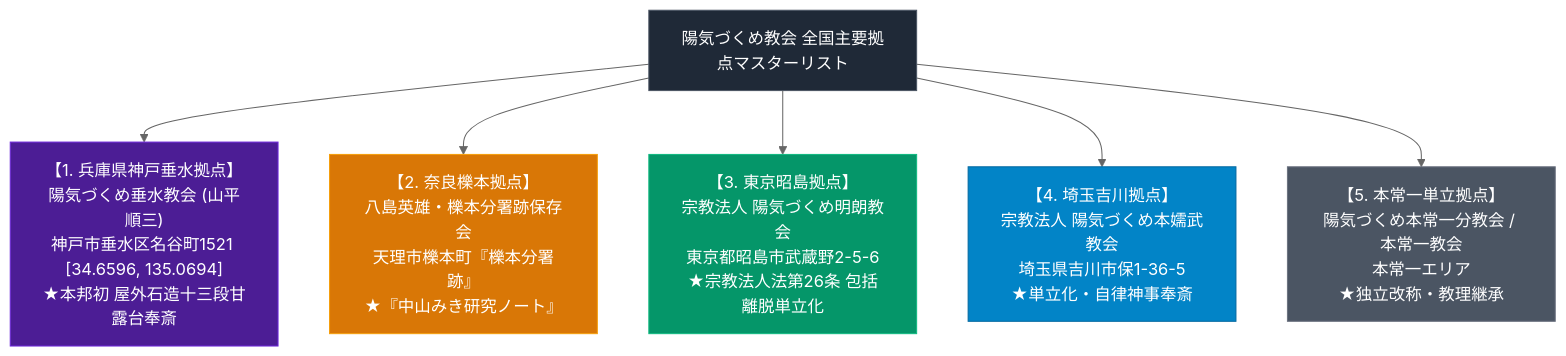
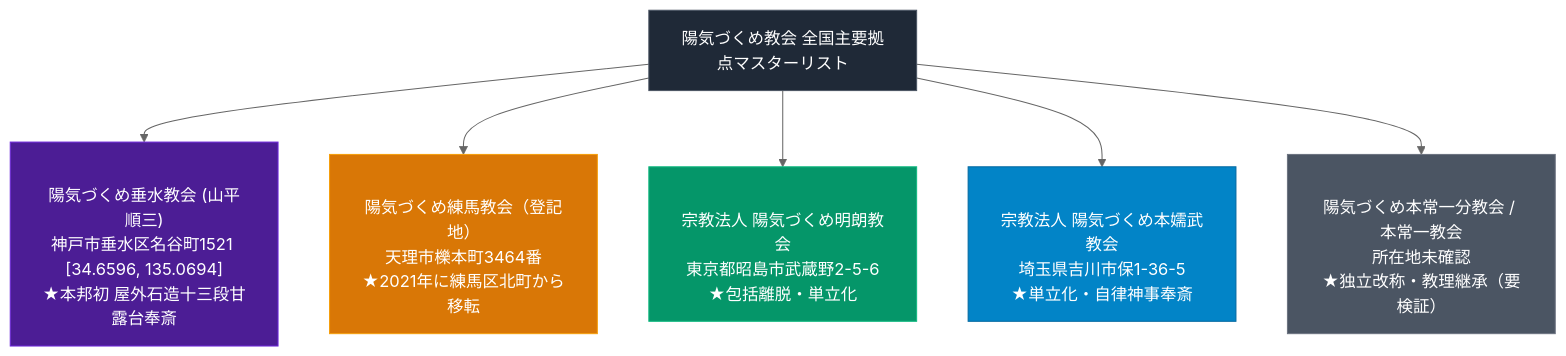
One commit to iida-masashi/religion-garden changed the diagram in content/01_宗派・異端研究/08_比較・史論・ハブ/陽気づくめ教会拠点一覧.md. Above: the diagram before and after it, drawn with Mermaid (neutral theme). The commit also changed other lines of this file and 251 other files, not shown here.

````diff
--- a/content/01_宗派・異端研究/08_比較・史論・ハブ/陽気づくめ教会拠点一覧.md
+++ b/content/01_宗派・異端研究/08_比較・史論・ハブ/陽気づくめ教会拠点一覧.md
@@ -25,19 +25,19 @@
 ```mermaid
 graph TD
-    A["<div style='color:#ffffff;'>陽気づくめ教会 全国主要拠点マスターリスト</div>"] --> B1["<div style='color:#ffffff;'>【1. 兵庫県神戸垂水拠点】<br>陽気づくめ垂水教会 (山平順三)<br>神戸市垂水区名谷町1521 [34.6596, 135.0694]<br>★本邦初 屋外石造十三段甘露台奉斎</div>"]
-    
-    A --> B2["【2. 奈良櫟本拠点】<br>八島英雄・櫟本分署跡保存会<br>天理市櫟本町『櫟本分署跡』<br>★『中山みき研究ノート』"]
-    
-    A --> B3["<div style='color:#ffffff;'>【3. 東京昭島拠点】<br>宗教法人 陽気づくめ明朗教会<br>東京都昭島市武蔵野2-5-6<br>★宗教法人法第26条 包括離脱単立化</div>"]
-    
-    A --> B4["<div style='color:#ffffff;'>【4. 埼玉吉川拠点】<br>宗教法人 陽気づくめ本嬬武教会<br>埼玉県吉川市保1-36-5<br>★単立化・自律神事奉斎</div>"]
-    
-    A --> B5["<div style='color:#ffffff;'>【5. 本常一単立拠点】<br>陽気づくめ本常一分教会 / 本常一教会<br>本常一エリア<br>★独立改称・教理継承</div>"]
-    
-    style A fill:#1f2937,stroke:#4b5563,color:#fff
-    style B1 fill:#4c1d95,stroke:#6d28d9,color:#fff
-    style B2 fill:#d97706,stroke:#f59e0b,color:#fff
-    style B3 fill:#059669,stroke:#10b981,color:#fff
-    style B4 fill:#0284c7,stroke:#0369a1,color:#fff
-    style B5 fill:#4b5563,stroke:#6b7280,color:#fff
+A["<div style='color:#ffffff;'>陽気づくめ教会 全国主要拠点マスターリスト</div>"] --> B1["<div style='color:#ffffff;'><br>陽気づくめ垂水教会 (山平順三)<br>神戸市垂水区名谷町1521 [34.6596, 135.0694]<br>★本邦初 屋外石造十三段甘露台奉斎</div>"]
+
+A --> B2["<br>陽気づくめ練馬教会（登記地）<br>天理市櫟本町3464番<br>★2021年に練馬区北町から移転"]
+
+A --> B3["<div style='color:#ffffff;'><br>宗教法人 陽気づくめ明朗教会<br>東京都昭島市武蔵野2-5-6<br>★包括離脱・単立化</div>"]
+
+A --> B4["<div style='color:#ffffff;'><br>宗教法人 陽気づくめ本嬬武教会<br>埼玉県吉川市保1-36-5<br>★単立化・自律神事奉斎</div>"]
+
+A --> B5["<br>陽気づくめ本常一分教会 / 本常一教会<br>所在地未確認<br>★独立改称・教理継承（要検証）"]
+
+style A fill:#1f2937,stroke:#4b5563,color:#fff
+style B1 fill:#4c1d95,stroke:#6d28d9,color:#fff
+style B2 fill:#d97706,stroke:#f59e0b,color:#fff
+style B3 fill:#059669,stroke:#10b981,color:#fff
+style B4 fill:#0284c7,stroke:#0369a1,color:#fff
+style B5 fill:#4b5563,stroke:#6b7280,color:#fff
 ```
````
